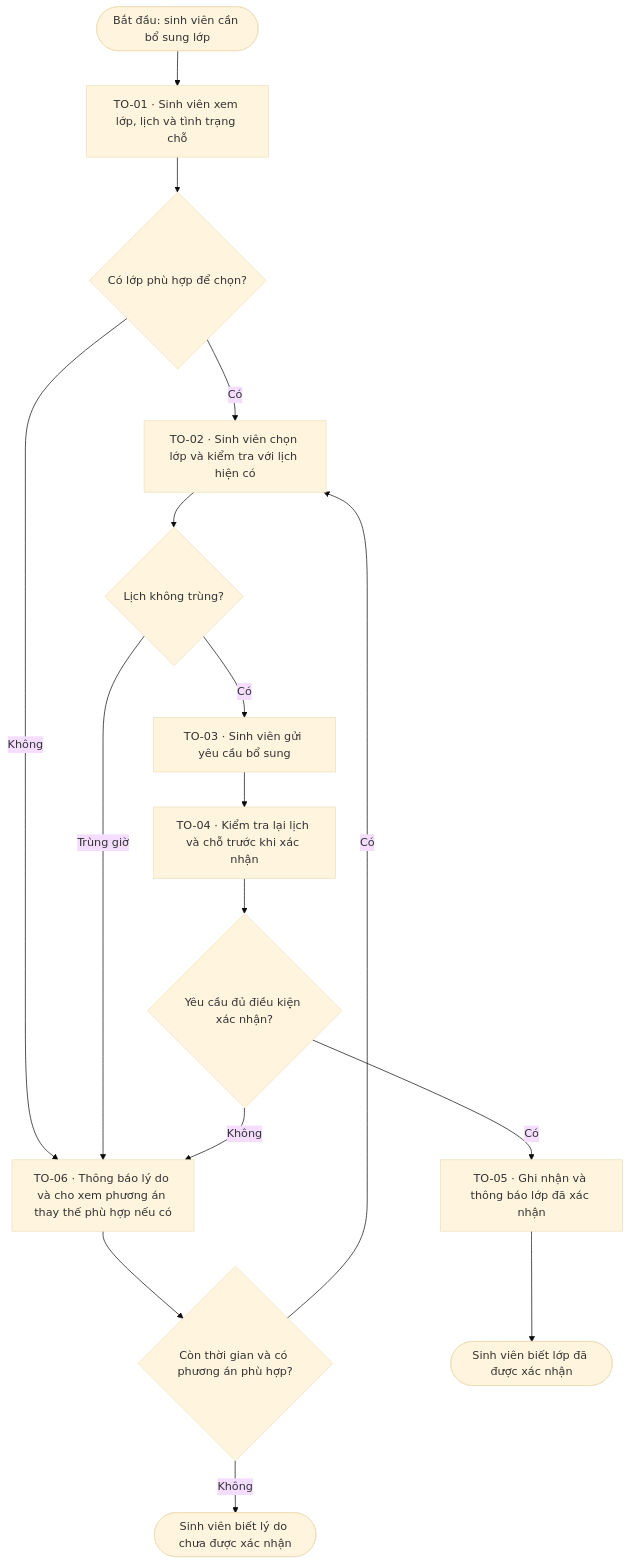
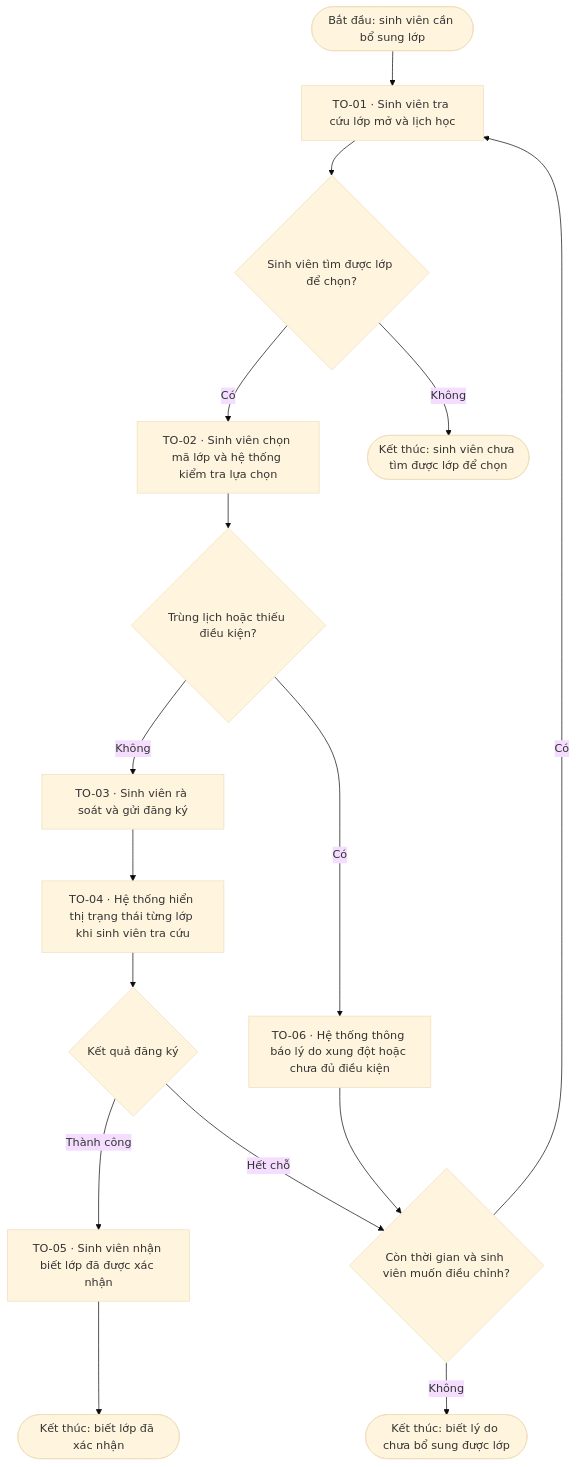
Before and after one commit to cacancap/IT3120_QuanLyDaoTao: the second of 2 diagrams in lab-02/01-MoHinhNghiepVu.md, drawn with Mermaid (base theme). The commit also changed other lines of this file, not shown here.

Commit message:
Update mo hinh nghiep vu

````diff
--- a/lab-02/01-MoHinhNghiepVu.md
+++ b/lab-02/01-MoHinhNghiepVu.md
@@ -66,26 +72,26 @@
 ```mermaid
 flowchart TD
     S(["Bắt đầu: sinh viên cần bổ sung lớp"])
-    T1["TO-01 · Sinh viên xem lớp, lịch và tình trạng chỗ"]
-    D1{"Có lớp phù hợp để chọn?"}
-    T2["TO-02 · Sinh viên chọn lớp và kiểm tra với lịch hiện có"]
-    D2{"Lịch không trùng?"}
-    T3["TO-03 · Sinh viên gửi yêu cầu bổ sung"]
-    T4["TO-04 · Kiểm tra lại lịch và chỗ trước khi xác nhận"]
-    D3{"Yêu cầu đủ điều kiện xác nhận?"}
-    T5["TO-05 · Ghi nhận và thông báo lớp đã xác nhận"]
-    T6["TO-06 · Thông báo lý do và cho xem phương án thay thế phù hợp nếu có"]
-    D4{"Còn thời gian và có phương án phù hợp?"}
-    Y(["Sinh viên biết lớp đã được xác nhận"])
-    N(["Sinh viên biết lý do chưa được xác nhận"])
+    T1["TO-01 · Sinh viên tra cứu lớp mở và lịch học"]
+    D1{"Sinh viên tìm được lớp để chọn?"}
+    T2["TO-02 · Sinh viên chọn mã lớp và hệ thống kiểm tra lựa chọn"]
+    D2{"Trùng lịch hoặc thiếu điều kiện?"}
+    T3["TO-03 · Sinh viên rà soát và gửi đăng ký"]
+    T4["TO-04 · Hệ thống hiển thị trạng thái từng lớp khi sinh viên tra cứu"]
+    D3{"Kết quả đăng ký"}
+    T5["TO-05 · Sinh viên nhận biết lớp đã được xác nhận"]
+    T6["TO-06 · Hệ thống thông báo lý do xung đột hoặc chưa đủ điều kiện"]
+    D4{"Còn thời gian và sinh viên muốn điều chỉnh?"}
+    Y(["Kết thúc: biết lớp đã xác nhận"])
+    N(["Kết thúc: biết lý do chưa bổ sung được lớp"])
+    N1(["Kết thúc: sinh viên chưa tìm được lớp để chọn"])
     S --> T1 --> D1
     D1 -->|Có| T2 --> D2
-    D1 -->|Không| T6
-    D2 -->|Có| T3 --> T4 --> D3
-    D2 -->|Trùng giờ| T6
-    D3 -->|Có| T5 --> Y
-    D3 -->|Không| T6
-    T6 --> D4
-    D4 -->|Có| T2
+    D1 -->|Không| N1
+    D2 -->|Không| T3 --> T4 --> D3
+    D2 -->|Có| T6 --> D4
+    D3 -->|Thành công| T5 --> Y
+    D3 -->|Hết chỗ| D4
+    D4 -->|Có| T1
     D4 -->|Không| N
 ```
````
